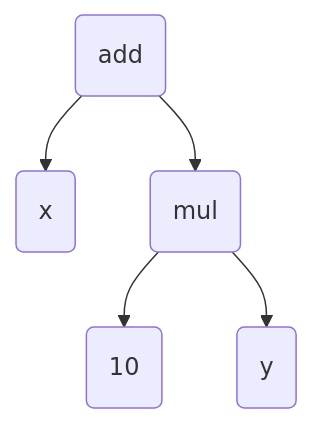
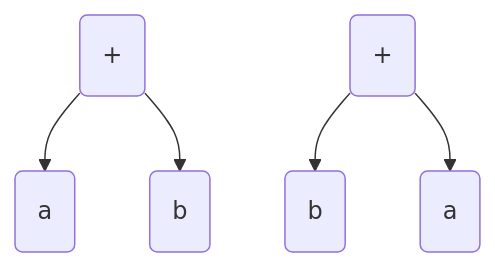
One commit to pengvyn/kavpix-code changed the third of 49 diagrams in src/essays/number-tree/essay.md. Above: the diagram before and after it, drawn with Mermaid. The commit also changed other lines of this file and 1 other file, not shown here.

````diff
--- a/src/essays/number-tree/essay.md
+++ b/src/essays/number-tree/essay.md
@@ -31,7 +86,8 @@
 ```mermaid
     graph TD;
-        add(add) --> x(x);
-        add --> mul(mul);
-        mul --> 10(10);
-        mul --> y(y);
+        add(+) --> a(a);
+        add --> b(b);
+
+        add2(+) --> b2(b)
+        add2 --> a2(a)
 ```
````
